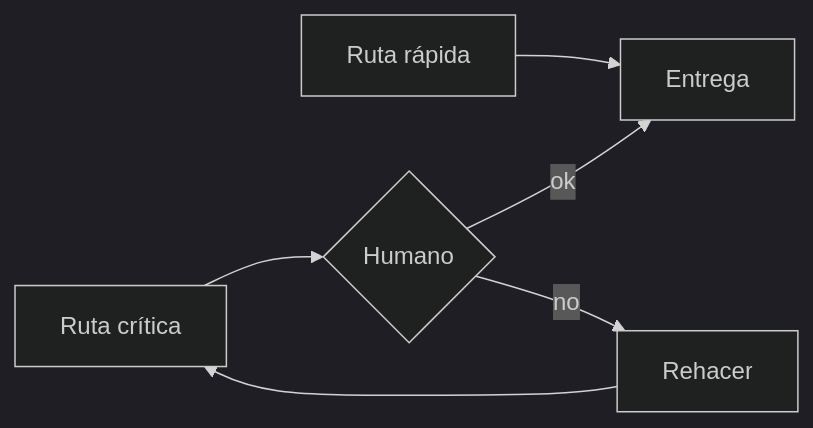
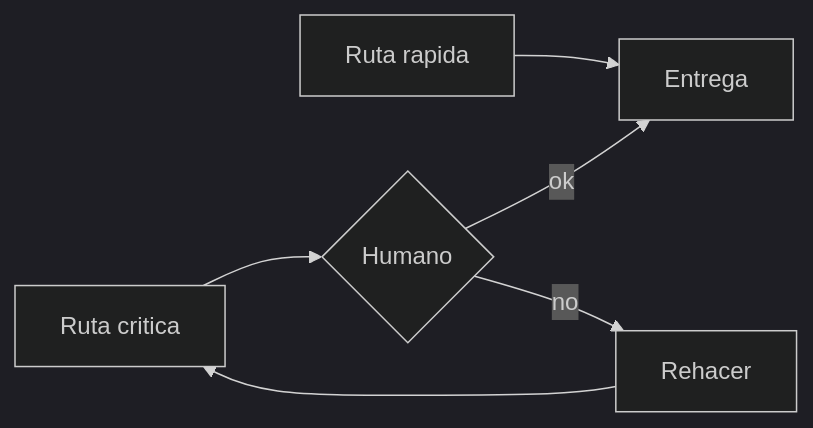
Before and after one commit to SERGIOIVORRA/Manual-Software-Factory-ES: the diagram in README.md, drawn with Mermaid (dark theme). The commit also changed other lines of this file and 10 other files, not shown here.

Commit message:
Use PNG boards so diagrams render reliably on GitHub README

````diff
--- a/README.md
+++ b/README.md
@@ -25,8 +25,8 @@
 ```mermaid
 flowchart LR
-  A[Ruta rápida] --> OK[Entrega]
-  B[Ruta crítica] --> H{Humano}
+  A[Ruta rapida] --> OK[Entrega]
+  B[Ruta critica] --> H{Humano}
   H -->|ok| OK
   H -->|no| R[Rehacer]
   R --> B
 ```
````
